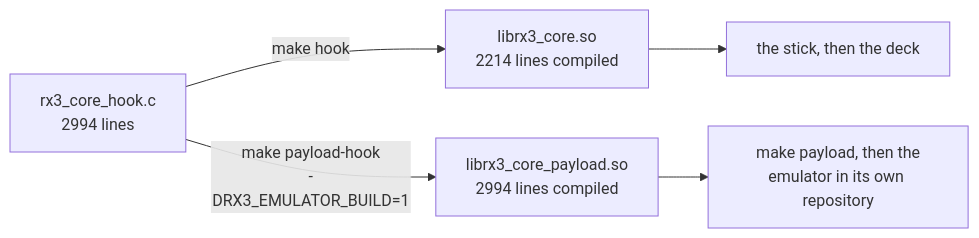
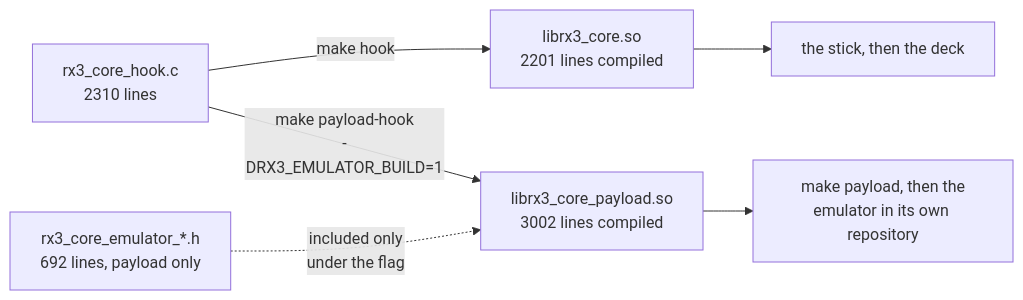
Before and after one commit to Tratosca/rx3-toolkit: the diagram in mod/modules/core/1.19/README.md, drawn with Mermaid. The commit also changed other lines of this file and 5 other files, not shown here.

Commit message:
refactor(hook): the emulator half moves to files a deck never compiles

````diff
--- a/mod/modules/core/1.19/README.md
+++ b/mod/modules/core/1.19/README.md
@@ -29,8 +29,10 @@
 ```mermaid
 flowchart LR
-    SRC["rx3_core_hook.c<br>2994 lines"]
-    SRC -->|"make hook"| DEV["librx3_core.so<br>2214 lines compiled"]
-    SRC -->|"make payload-hook<br>-DRX3_EMULATOR_BUILD=1"| PAY["librx3_core_payload.so<br>2994 lines compiled"]
+    SRC["rx3_core_hook.c<br>2310 lines"]
+    HDR["rx3_core_emulator_*.h<br>692 lines, payload only"]
+    SRC -->|"make hook"| DEV["librx3_core.so<br>2201 lines compiled"]
+    SRC -->|"make payload-hook<br>-DRX3_EMULATOR_BUILD=1"| PAY["librx3_core_payload.so<br>3002 lines compiled"]
+    HDR -.->|included only<br>under the flag| PAY
     DEV --> STICK["the stick, then the deck"]
     PAY --> EMU["make payload, then the<br>emulator in its own repository"]
 ```
````
